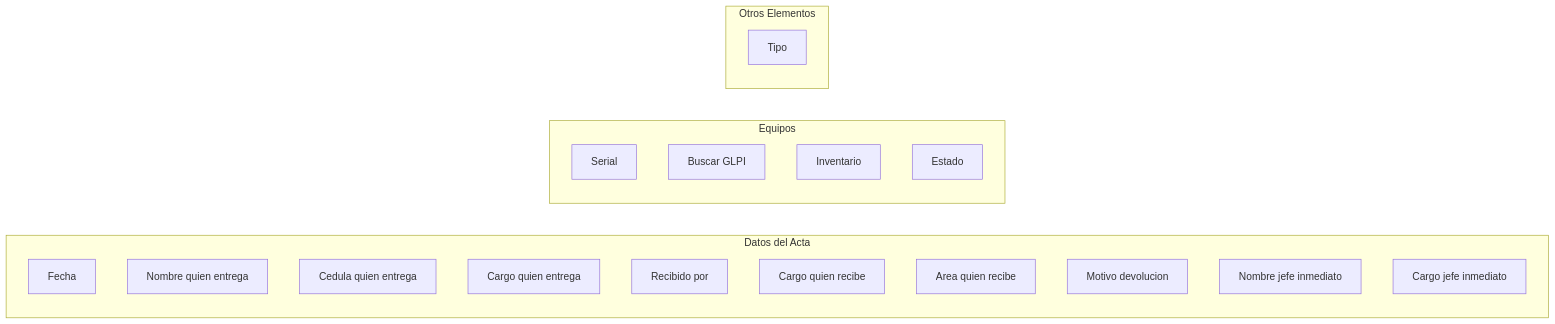
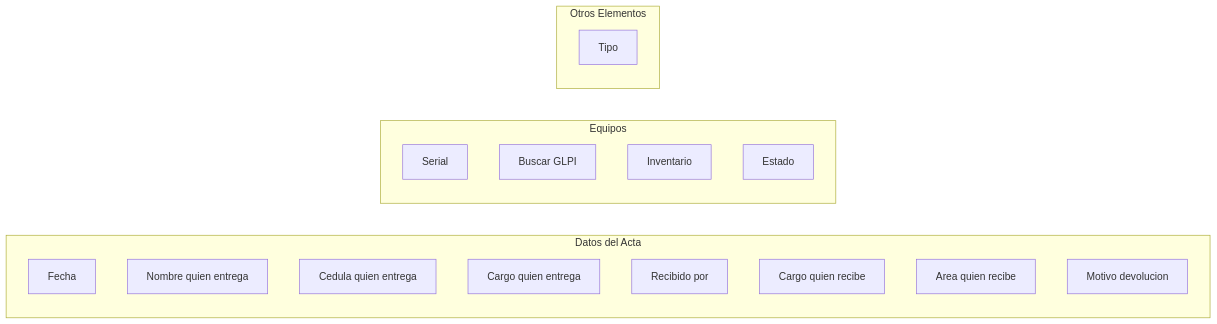
The fourth of 10 diagrams in FLUJO_FUNCIONAL.md (juanjosehc/actas-glpi), drawn with Mermaid before and after one commit. The commit also changed other lines of this file and 3 other files, not shown here.

````diff
--- a/FLUJO_FUNCIONAL.md
+++ b/FLUJO_FUNCIONAL.md
@@ -152,26 +152,24 @@
 ```mermaid
 flowchart LR
     subgraph DatosActa["Datos del Acta"]
         A1[Fecha]
         A2[Nombre quien entrega]
         A3[Cedula quien entrega]
         A4[Cargo quien entrega]
         A5[Recibido por]
         A6[Cargo quien recibe]
         A7[Area quien recibe]
         A8[Motivo devolucion]
-        A9[Nombre jefe inmediato]
-        A10[Cargo jefe inmediato]
     end
 
     subgraph Equi["Equipos"]
         B1[Serial]
         B2[Buscar GLPI]
         B3[Inventario]
         B4[Estado]
     end
 
     subgraph Otros["Otros Elementos"]
         C1[Tipo]
     end
 ```
````
